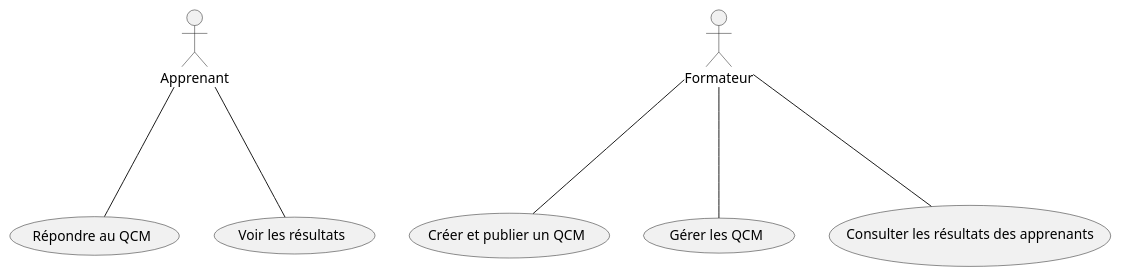
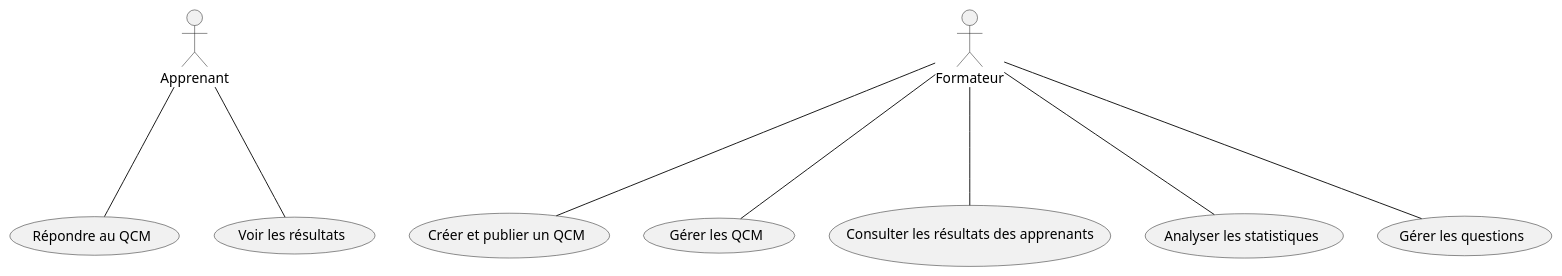
The diagram in Branch-Foctionelle/Analyse/Use-Case.puml (dinadehbi/Fille-Rouge-Soli-LMS), drawn with PlantUML before and after one commit. The commit also changed 5 other files, not shown here.

Commit message:
Modifier le diagramme de cas-d'utilisation

```diff
--- a/Branch-Foctionelle/Analyse/Use-Case.puml
+++ b/Branch-Foctionelle/Analyse/Use-Case.puml
@@ -1,17 +1,21 @@
 @startuml
 actor Apprenant
 actor Formateur
 
 usecase "Répondre au QCM" as UC1
 usecase "Voir les résultats" as UC2
 usecase "Créer et publier un QCM" as UC4
 usecase "Gérer les QCM" as UC5
 usecase "Consulter les résultats des apprenants" as UC6
+usecase "Analyser les statistiques" as UC7
+usecase "Gérer les questions" as UC8
 
 Apprenant -down-- UC1
 Apprenant -down-- UC2
 
 Formateur -down-- UC4
 Formateur -down-- UC5
 Formateur -down-- UC6
+Formateur -down-- UC7
+Formateur -down-- UC8
 @enduml
```
